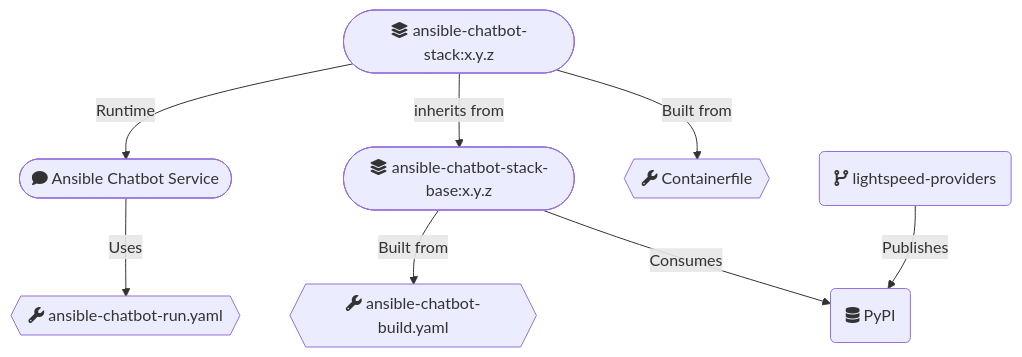
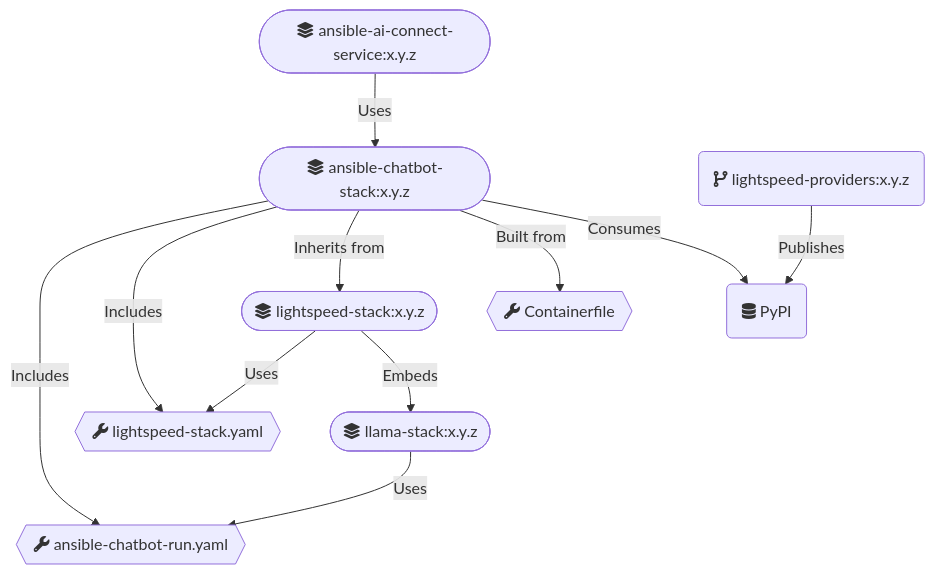
The diagram in README.md (ansible/ansible-chatbot-stack), drawn with Mermaid before and after one commit. The commit also changed other lines of this file and 1 other file, not shown here.

Commit message:
Update the documentation to reflect use of lightspeed-stack

````diff
--- a/README.md
+++ b/README.md
@@ -15,21 +17,25 @@
 ```mermaid
 flowchart TB
 %% Nodes
-    CHATBOT_STACK([fa:fa-layer-group ansible-chatbot-stack-base:x.y.z])
-    AAP_CHATBOT_STACK([fa:fa-layer-group ansible-chatbot-stack:x.y.z])
-    AAP_CHATBOT([fa:fa-comment Ansible Chatbot Service])
-    CHATBOT_BUILD_CONFIG{{fa:fa-wrench ansible-chatbot-build.yaml}}
-    CHATBOT_RUN_CONFIG{{fa:fa-wrench ansible-chatbot-run.yaml}}
-    AAP_CHATBOT_DOCKERFILE{{fa:fa-wrench Containerfile}}
-    Lightspeed_Providers("fa:fa-code-branch lightspeed-providers")
+    LLAMA_STACK([fa:fa-layer-group llama-stack:x.y.z])
+    LIGHTSPEED_STACK([fa:fa-layer-group lightspeed-stack:x.y.z])
+    LIGHTSPEED_RUN_CONFIG{{fa:fa-wrench lightspeed-stack.yaml}}
+    ANSIBLE_CHATBOT_STACK([fa:fa-layer-group ansible-chatbot-stack:x.y.z])
+    ANSIBLE_CHATBOT_RUN_CONFIG{{fa:fa-wrench ansible-chatbot-run.yaml}}
+    ANSIBLE_CHATBOT_DOCKERFILE{{fa:fa-wrench Containerfile}}
+    ANSIBLE_LIGHTSPEED([fa:fa-layer-group ansible-ai-connect-service:x.y.z])
+    LIGHTSPEED_PROVIDERS("fa:fa-code-branch lightspeed-providers:x.y.z")
     PYPI("fa:fa-database PyPI")
 
 %% Edge connections between nodes
-    CHATBOT_STACK -- Consumes --> PYPI
-    Lightspeed_Providers -- Publishes --> PYPI
-    CHATBOT_STACK -- Built from --> CHATBOT_BUILD_CONFIG
-    AAP_CHATBOT_STACK -- Built from --> AAP_CHATBOT_DOCKERFILE
-    AAP_CHATBOT_STACK -- inherits from --> CHATBOT_STACK
-    AAP_CHATBOT -- Uses --> CHATBOT_RUN_CONFIG
-    AAP_CHATBOT_STACK -- Runtime --> AAP_CHATBOT
+    ANSIBLE_LIGHTSPEED -- Uses --> ANSIBLE_CHATBOT_STACK
+    ANSIBLE_CHATBOT_STACK -- Consumes --> PYPI
+    LIGHTSPEED_PROVIDERS -- Publishes --> PYPI
+    ANSIBLE_CHATBOT_STACK -- Built from --> ANSIBLE_CHATBOT_DOCKERFILE
+    ANSIBLE_CHATBOT_STACK -- Inherits from --> LIGHTSPEED_STACK
+    ANSIBLE_CHATBOT_STACK -- Includes --> LIGHTSPEED_RUN_CONFIG
+    ANSIBLE_CHATBOT_STACK -- Includes --> ANSIBLE_CHATBOT_RUN_CONFIG
+    LIGHTSPEED_STACK -- Embeds --> LLAMA_STACK
+    LIGHTSPEED_STACK -- Uses --> LIGHTSPEED_RUN_CONFIG
+    LLAMA_STACK -- Uses --> ANSIBLE_CHATBOT_RUN_CONFIG
 ```
````
